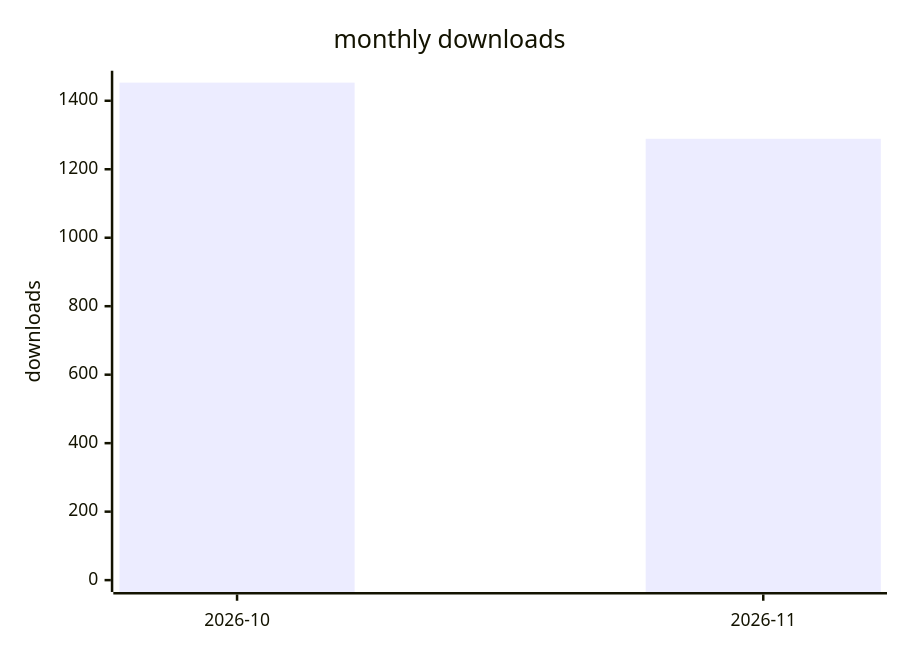
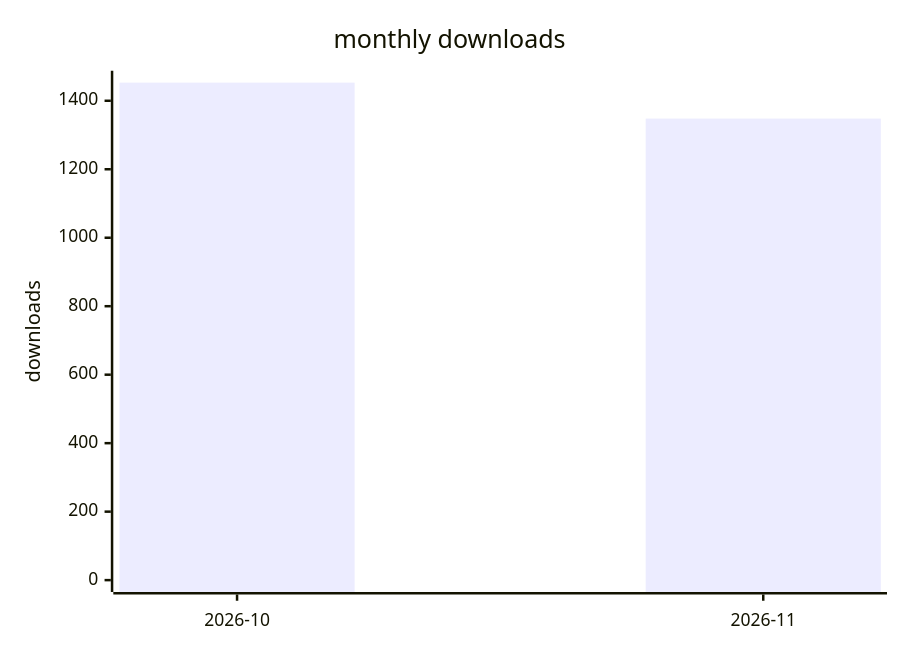
Before and after one commit to terry2010/dsh-loop-recover: the second of 2 diagrams in docs/downloads-2026.md, drawn with Mermaid. The commit also changed other lines of this file and 1 other file, not shown here.

````diff
--- a/docs/downloads-2026.md
+++ b/docs/downloads-2026.md
@@ -29,7 +29,7 @@
 ```mermaid
 xychart-beta
     title "monthly downloads"
     x-axis ["2026-10", "2026-11"]
     y-axis "downloads" 0 --> 1453
-    bar [1453, 1289]
+    bar [1453, 1348]
 ```
````
